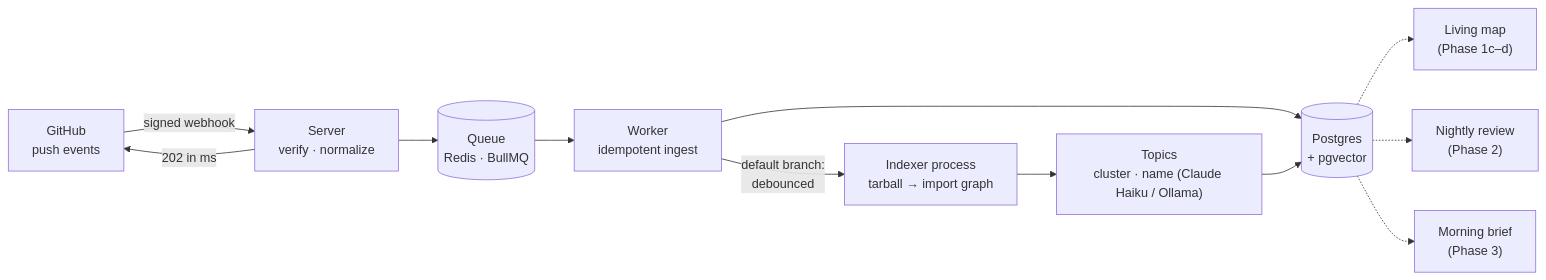
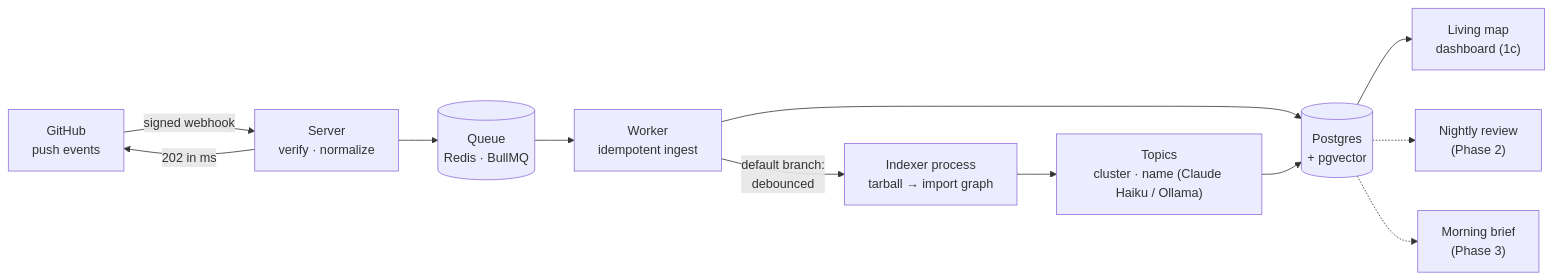
Before and after one commit to Tunaycel/waymark: the diagram in README.md, drawn with Mermaid. The commit also changed other lines of this file and 6 other files, not shown here.

````diff
--- a/README.md
+++ b/README.md
@@ -32,14 +32,14 @@
 ```mermaid
 flowchart LR
   GH["GitHub<br/>push events"] -->|"signed webhook"| S["Server<br/>verify · normalize"]
   S -->|"202 in ms"| GH
   S --> Q[("Queue<br/>Redis · BullMQ")]
   Q --> W["Worker<br/>idempotent ingest"]
   W --> DB[("Postgres<br/>+ pgvector")]
   W -->|"default branch:<br/>debounced"| IX["Indexer process<br/>tarball → import graph"]
   IX --> TP["Topics<br/>cluster · name (Claude Haiku / Ollama)"]
   TP --> DB
-  DB -.-> M["Living map<br/>(Phase 1c–d)"]
+  DB --> M["Living map<br/>dashboard (1c)"]
   DB -.-> R["Nightly review<br/>(Phase 2)"]
   DB -.-> B["Morning brief<br/>(Phase 3)"]
 ```
````
